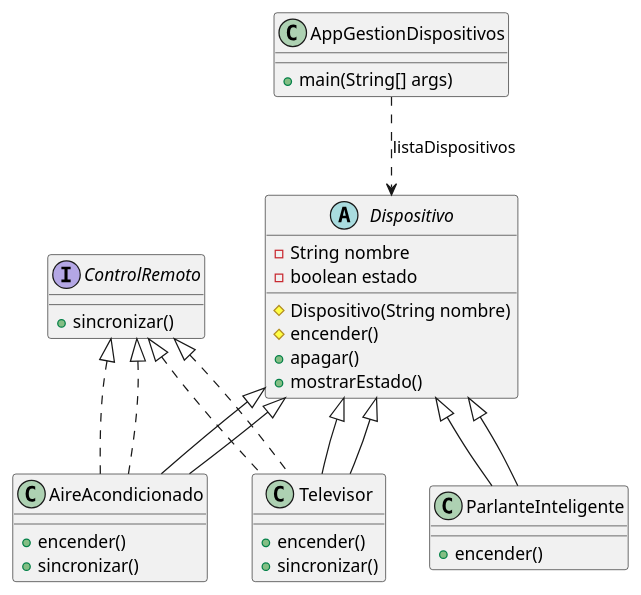
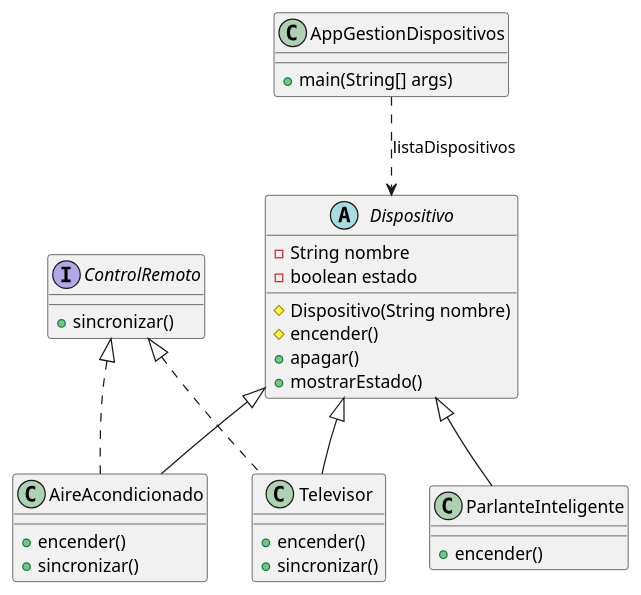
One commit to fustran/Ejercicios_Ivan_Poo changed the diagram in src/main/java/com/poo/T6_UsoAvanzado_ClasesObjetos/C_Interfaces/A_Dispositivos_Inteligentes/PlantUML/diagrama.puml. Above: the diagram before and after it, drawn with PlantUML. The commit also changed 10 other files, not shown here.

```diff
--- a/src/main/java/com/poo/T6_UsoAvanzado_ClasesObjetos/C_Interfaces/A_Dispositivos_Inteligentes/PlantUML/diagrama.puml
+++ b/src/main/java/com/poo/T6_UsoAvanzado_ClasesObjetos/C_Interfaces/A_Dispositivos_Inteligentes/PlantUML/diagrama.puml
@@ -1,41 +1,42 @@
 @startuml
-interface ControlRemoto {
-    +sincronizar()
+
+class AppGestionDispositivos {
+    + main(String[] args)
 }
 
 abstract class Dispositivo {
     - String nombre
     - boolean estado
     # Dispositivo(String nombre)
     # encender()
     + apagar()
     + mostrarEstado()
+}
+
+interface ControlRemoto {
+    +sincronizar()
 }
 
 class Televisor extends Dispositivo implements ControlRemoto {
     + encender()
     + sincronizar()
 }
 
 class ParlanteInteligente extends Dispositivo {
     + encender()
 }
 
 class AireAcondicionado extends Dispositivo implements ControlRemoto {
     + encender()
     + sincronizar()
 }
 
-class AppGestionDispositivos {
-    + main(String[] args)
-}
+AppGestionDispositivos ..> Dispositivo : "listaDispositivos"
+Dispositivo <|-[hidden]- Televisor
+Dispositivo <|-[hidden]- ParlanteInteligente
+Dispositivo <|-[hidden]- AireAcondicionado
 
-Dispositivo <|-- Televisor
-Dispositivo <|-- ParlanteInteligente
-Dispositivo <|-- AireAcondicionado
+ControlRemoto -[hidden]-> Televisor
+ControlRemoto -[hidden]-> AireAcondicionado
 
-ControlRemoto <|.. Televisor
-ControlRemoto <|.. AireAcondicionado
-
-AppGestionDispositivos ..> Dispositivo : "listaDispositivos"
 @enduml
```
